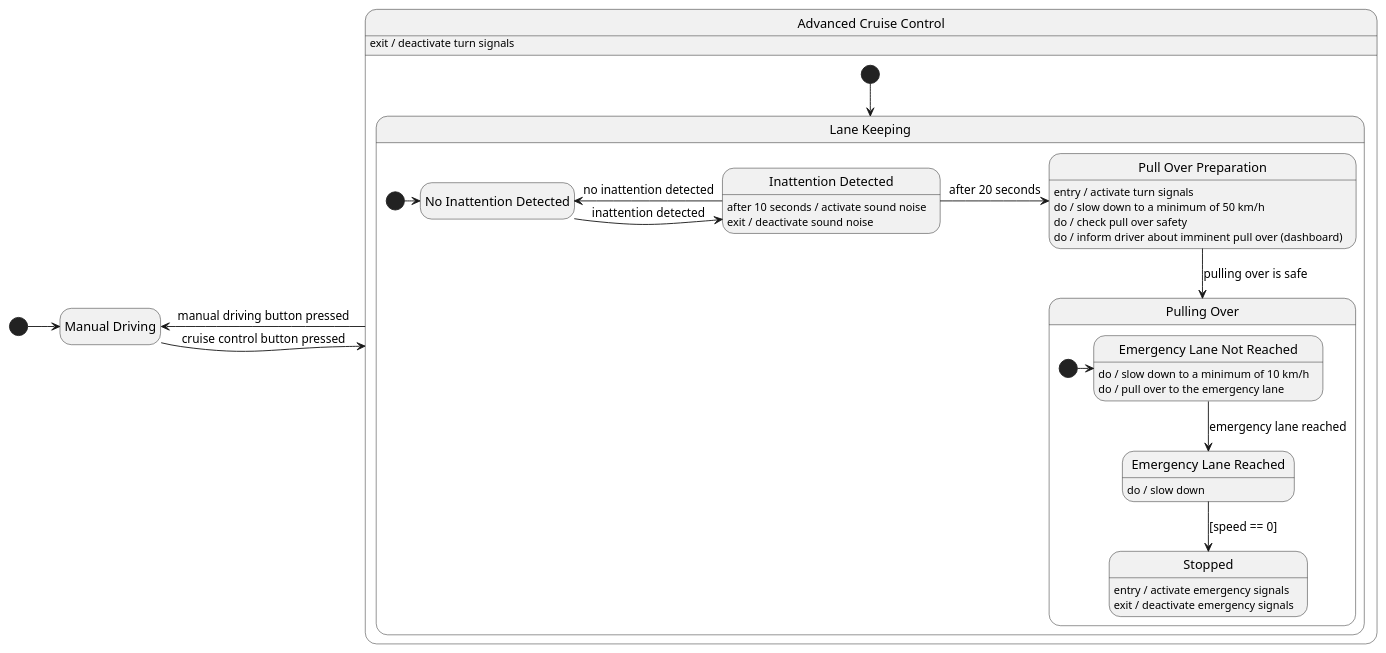
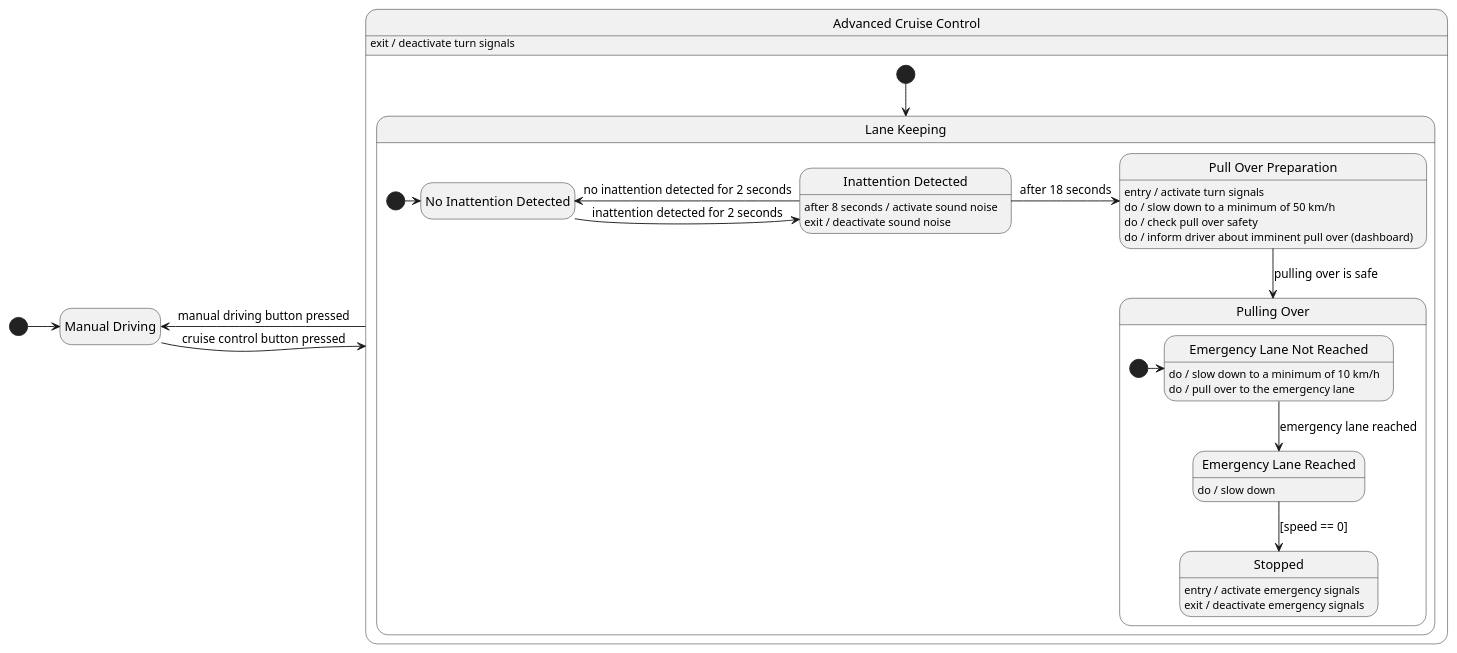
One commit to Ventus218/sleep-detection-and-safety-pull-over changed the diagram in doc/state-diagram.puml. Above: the diagram before and after it, drawn with PlantUML. The commit also changed 1 other file, not shown here.

Commit message:
better timing for detecting inattention

```diff
--- a/doc/state-diagram.puml
+++ b/doc/state-diagram.puml
@@ -1,55 +1,55 @@
 @startuml state-diagram
 
 hide empty description
 
 [*] -r-> ManualDriving
 
 state "Manual Driving" as ManualDriving
 ManualDriving -r-> CruiseControl : cruise control button pressed
 
 state "Advanced Cruise Control" as CruiseControl {
     [*] --> LaneKeeping
     state "Lane Keeping" as LaneKeeping {
         [*] -> NoInattentionDetected
 
         state "No Inattention Detected" as NoInattentionDetected
-        NoInattentionDetected -> InattentionDetected : inattention detected
+        NoInattentionDetected -> InattentionDetected : inattention detected for 2 seconds
 
         state "Inattention Detected" as InattentionDetected {
-            InattentionDetected : after 10 seconds / activate sound noise
+            InattentionDetected : after 8 seconds / activate sound noise
             InattentionDetected : exit / deactivate sound noise
         }
-        InattentionDetected -> NoInattentionDetected : no inattention detected
-        InattentionDetected -r-> PullOverPrep : after 20 seconds
+        InattentionDetected -> NoInattentionDetected : no inattention detected for 2 seconds
+        InattentionDetected -r-> PullOverPrep : after 18 seconds
 
         state "Pull Over Preparation" as PullOverPrep {
             PullOverPrep : entry / activate turn signals
             PullOverPrep : do / slow down to a minimum of 50 km/h
             PullOverPrep : do / check pull over safety
             PullOverPrep : do / inform driver about imminent pull over (dashboard)
         }
         PullOverPrep --> PullingOver : pulling over is safe
     }
 
     state "Pulling Over" as PullingOver {
         [*] -> EmergencyLaneNotReached
         state "Emergency Lane Not Reached" as EmergencyLaneNotReached
         EmergencyLaneNotReached : do / slow down to a minimum of 10 km/h
         EmergencyLaneNotReached : do / pull over to the emergency lane
 
         EmergencyLaneNotReached --> EmergencyLaneReached : emergency lane reached
 
         state "Emergency Lane Reached" as EmergencyLaneReached
         EmergencyLaneReached --> Stopped : [speed == 0]
         EmergencyLaneReached : do / slow down
     }
 
     state Stopped {
         Stopped : entry / activate emergency signals
         Stopped : exit / deactivate emergency signals
     }
 }
 CruiseControl -l-> ManualDriving : manual driving button pressed
 CruiseControl : exit / deactivate turn signals
 
 @enduml
```
